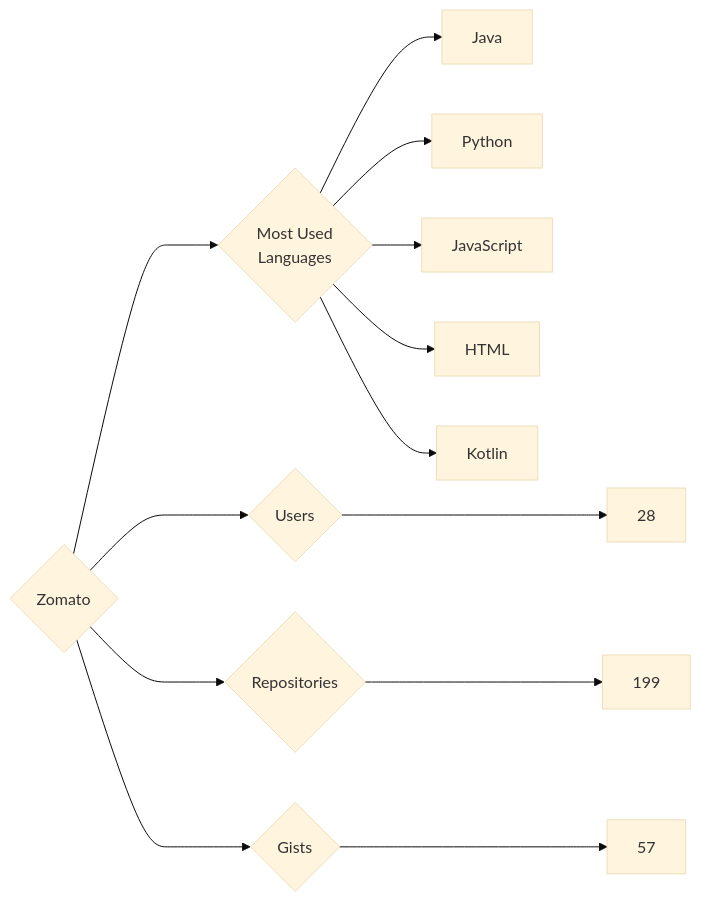
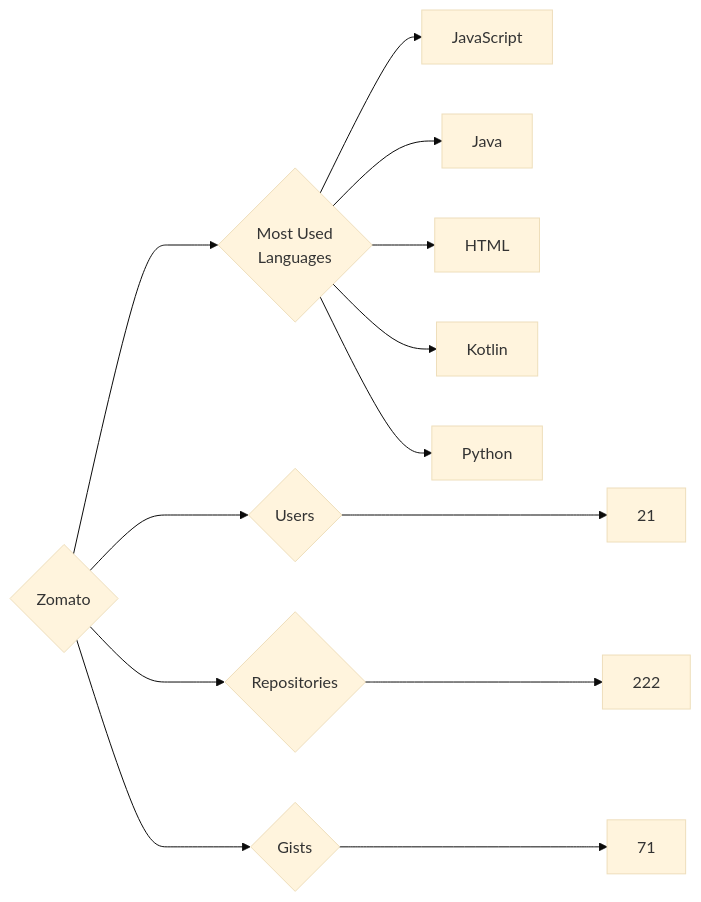
One commit to trickest/insiders changed the diagram in targets/Zomato/README.md. Above: the diagram before and after it, drawn with Mermaid (base theme). The commit also changed 928 other files, not shown here.

````diff
--- a/targets/Zomato/README.md
+++ b/targets/Zomato/README.md
@@ -3,13 +3,13 @@
 ```mermaid
 graph LR
 COMPANY_NAME{Zomato}
-COMPANY_NAME ---> U{Users} ---> UN[28]
-COMPANY_NAME ---> R{Repositories} ---> RN[199]
-COMPANY_NAME ---> G{Gists} ---> GN[57]
+COMPANY_NAME ---> U{Users} ---> UN[21]
+COMPANY_NAME ---> R{Repositories} ---> RN[222]
+COMPANY_NAME ---> G{Gists} ---> GN[71]
 COMPANY_NAME ---> ML{Most Used<br>Languages}
+ML --> JavaScript[JavaScript]
 ML --> Java[Java]
-ML --> Python[Python]
-ML --> JavaScript[JavaScript]
 ML --> HTML[HTML]
 ML --> Kotlin[Kotlin]
+ML --> Python[Python]
 ```
````
